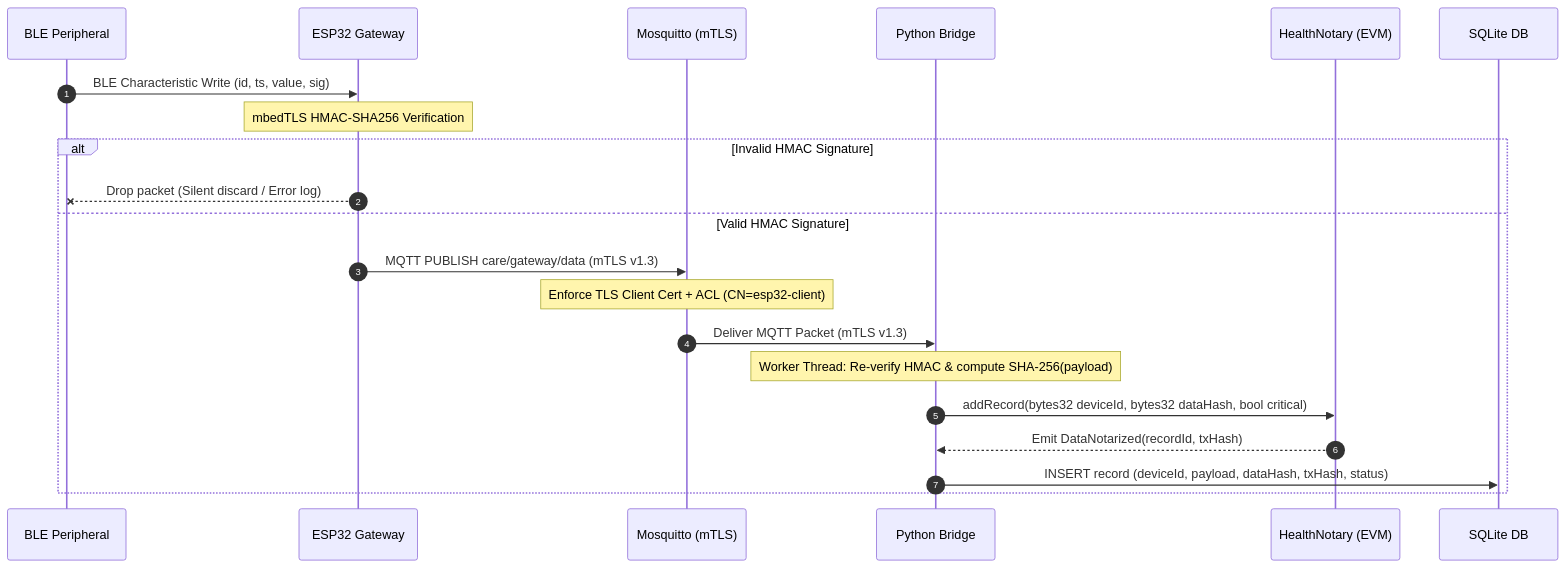
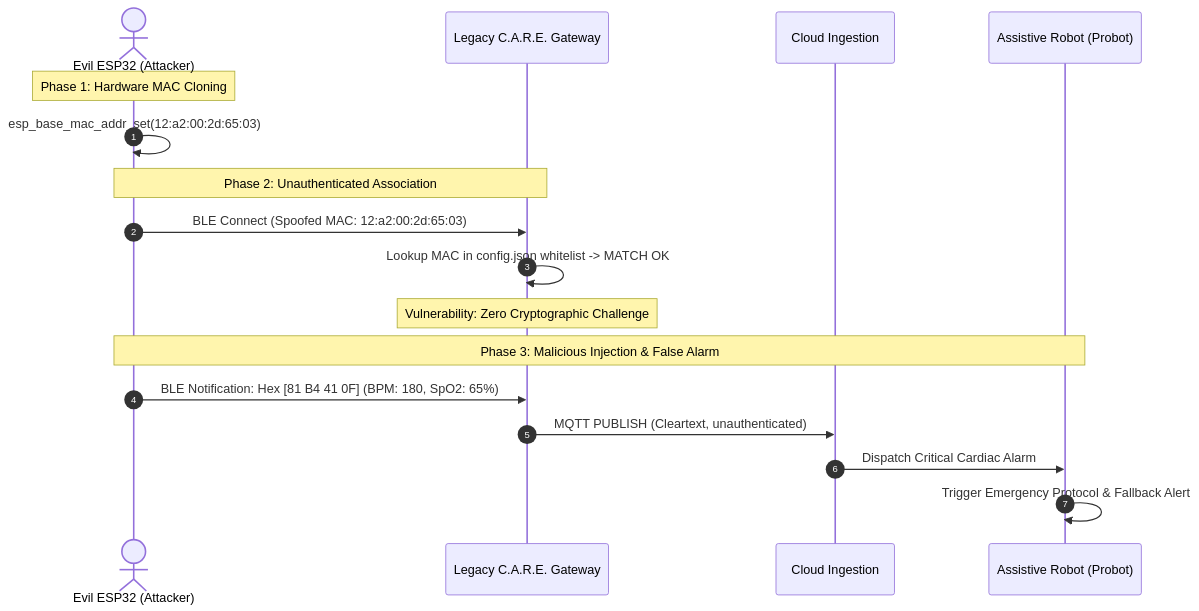
One commit to kappino/IOT_SEC_CARE_Gateway changed the second of 4 diagrams in README.md. Above: the diagram before and after it, drawn with Mermaid. The commit also changed other lines of this file and 1 other file, not shown here.

Commit message:
docs: integrate C.A.R.E. presentation data, empirical attack logs, misuse case model and add presentation PDF

````diff
--- a/README.md
+++ b/README.md
@@ -54,24 +74,22 @@
 ```mermaid
 sequenceDiagram
     autonumber
-    participant Sensor as BLE Peripheral
-    participant Gateway as ESP32 Gateway
-    participant Broker as Mosquitto (mTLS)
-    participant Bridge as Python Bridge
-    participant Contract as HealthNotary (EVM)
-    participant DB as SQLite DB
+    actor Attacker as Evil ESP32 (Attacker)
+    participant Gateway as Legacy C.A.R.E. Gateway
+    participant Cloud as Cloud Ingestion
+    participant Robot as Assistive Robot (Probot)
 
-    Sensor->>Gateway: BLE Characteristic Write (id, ts, value, sig)
-    Note over Gateway: mbedTLS HMAC-SHA256 Verification
-    alt Invalid HMAC Signature
-        Gateway--xSensor: Drop packet (Silent discard / Error log)
-    else Valid HMAC Signature
-        Gateway->>Broker: MQTT PUBLISH care/gateway/data (mTLS v1.3)
-        Note over Broker: Enforce TLS Client Cert + ACL (CN=esp32-client)
-        Broker->>Bridge: Deliver MQTT Packet (mTLS v1.3)
-        Note over Bridge: Worker Thread: Re-verify HMAC & compute SHA-256(payload)
-        Bridge->>Contract: addRecord(bytes32 deviceId, bytes32 dataHash, bool critical)
-        Contract-->>Bridge: Emit DataNotarized(recordId, txHash)
-        Bridge->>DB: INSERT record (deviceId, payload, dataHash, txHash, status)
-    end
+    Note over Attacker: Phase 1: Hardware MAC Cloning
+    Attacker->>Attacker: esp_base_mac_addr_set(12:a2:00:2d:65:03)
+
+    Note over Attacker,Gateway: Phase 2: Unauthenticated Association
+    Attacker->>Gateway: BLE Connect (Spoofed MAC: 12:a2:00:2d:65:03)
+    Gateway->>Gateway: Lookup MAC in config.json whitelist -> MATCH OK
+    Note over Gateway: Vulnerability: Zero Cryptographic Challenge
+
+    Note over Attacker,Robot: Phase 3: Malicious Injection & False Alarm
+    Attacker->>Gateway: BLE Notification: Hex [81 B4 41 0F] (BPM: 180, SpO2: 65%)
+    Gateway->>Cloud: MQTT PUBLISH (Cleartext, unauthenticated)
+    Cloud->>Robot: Dispatch Critical Cardiac Alarm
+    Robot->>Robot: Trigger Emergency Protocol & Fallback Alert
 ```
````
